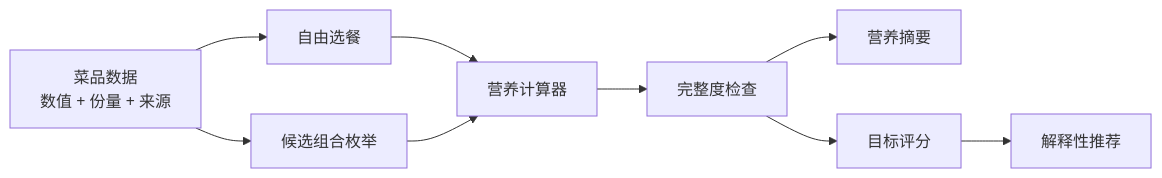
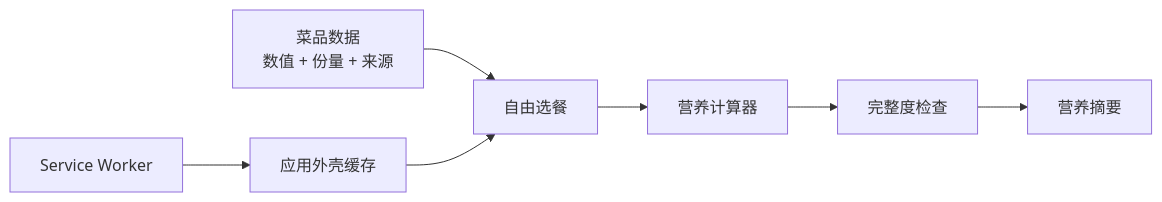
Before and after one commit to Maj1sty/lxj-meal-planner: the diagram in docs/architecture.md, drawn with Mermaid. The commit also changed other lines of this file and 22 other files, not shown here.

````diff
--- a/docs/architecture.md
+++ b/docs/architecture.md
@@ -13,11 +13,9 @@
 ```mermaid
 flowchart LR
   A["菜品数据<br/>数值 + 份量 + 来源"] --> B["自由选餐"]
-  A --> C["候选组合枚举"]
   B --> D["营养计算器"]
-  C --> D
   D --> E["完整度检查"]
   E --> F["营养摘要"]
-  E --> G["目标评分"]
-  G --> H["解释性推荐"]
+  G["Service Worker"] --> H["应用外壳缓存"]
+  H --> B
 ```
````
